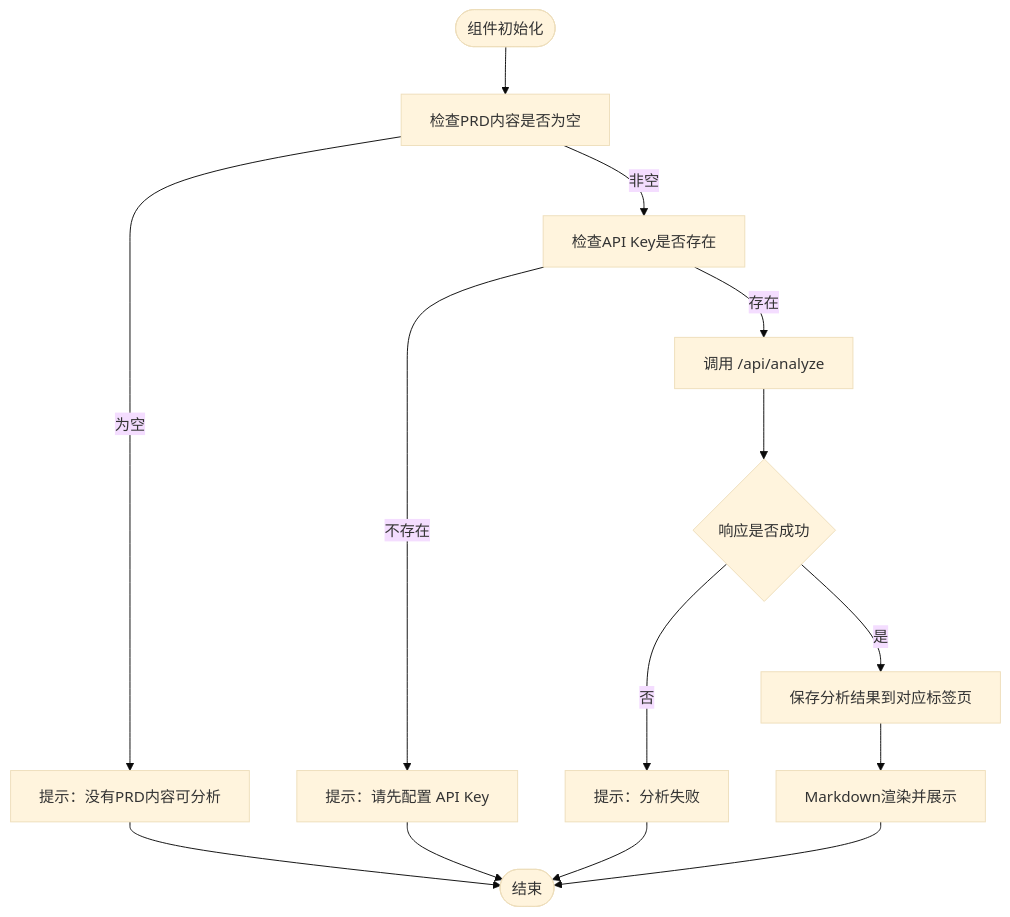
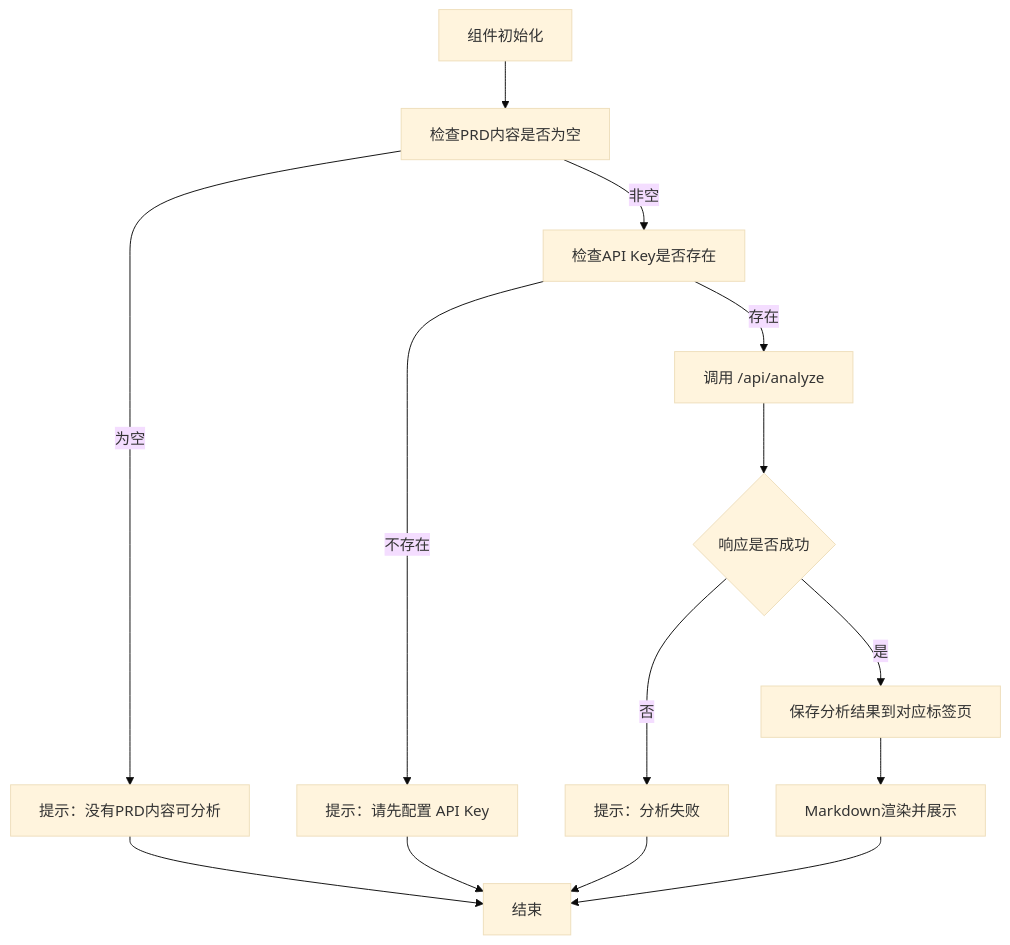
The third of 9 diagrams in .qoder/repowiki/zh/content/核心功能模块/AI分析工具.md (leonaiuv/PRDbot), drawn with Mermaid (base theme) before and after one commit. The commit also changed other lines of this file and 10 other files, not shown here.

First line of the commit message:
feat(documentation): 添加Mermaid渲染器与AI功能文档

````diff
--- a/.qoder/repowiki/zh/content/核心功能模块/AI分析工具.md
+++ b/.qoder/repowiki/zh/content/核心功能模块/AI分析工具.md
@@ -156,16 +154,16 @@
 ```mermaid
 flowchart TD
-Start(["组件初始化"]) --> CheckContent["检查PRD内容是否为空"]
+Start["组件初始化"] --> CheckContent["检查PRD内容是否为空"]
 CheckContent --> |为空| ToastEmpty["提示：没有PRD内容可分析"]
 CheckContent --> |非空| CheckKey["检查API Key是否存在"]
 CheckKey --> |不存在| ToastKey["提示：请先配置 API Key"]
 CheckKey --> |存在| CallAPI["调用 /api/analyze"]
 CallAPI --> RespOK{"响应是否成功"}
 RespOK --> |否| ToastErr["提示：分析失败"]
 RespOK --> |是| SaveRes["保存分析结果到对应标签页"]
 SaveRes --> Render["Markdown渲染并展示"]
-ToastEmpty --> End(["结束"])
+ToastEmpty --> End["结束"]
 ToastKey --> End
 ToastErr --> End
 Render --> End
 ```
````
